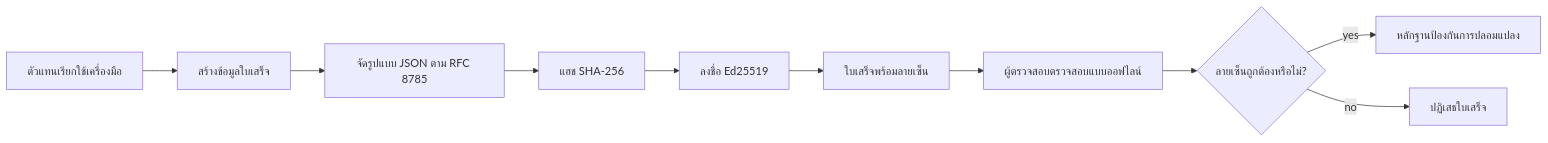
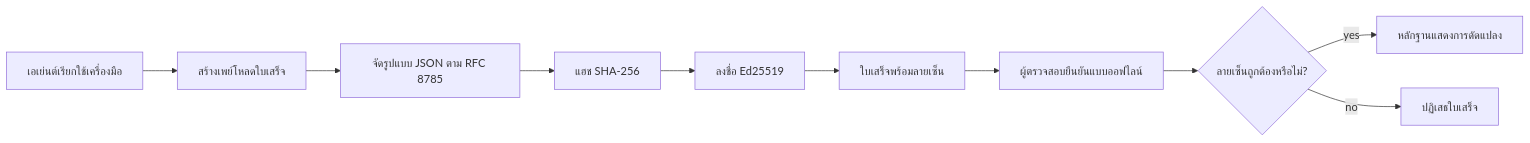
One commit to microsoft/ai-agents-for-beginners changed the first of 2 diagrams in translations/th/18-securing-ai-agents/README.md. Above: the diagram before and after it, drawn with Mermaid. The commit also changed other lines of this file and 227 other files, not shown here.

````diff
--- a/translations/th/18-securing-ai-agents/README.md
+++ b/translations/th/18-securing-ai-agents/README.md
@@ -51,12 +51,12 @@
 ```mermaid
 flowchart LR
-    A[ตัวแทนเรียกใช้เครื่องมือ] --> B[สร้างข้อมูลใบเสร็จ]
+    A[เอเย่นต์เรียกใช้เครื่องมือ] --> B[สร้างเพย์โหลดใบเสร็จ]
     B --> C[จัดรูปแบบ JSON ตาม RFC 8785]
     C --> D[แฮช SHA-256]
     D --> E[ลงชื่อ Ed25519]
     E --> F[ใบเสร็จพร้อมลายเซ็น]
-    F --> G[ผู้ตรวจสอบตรวจสอบแบบออฟไลน์]
+    F --> G[ผู้ตรวจสอบยืนยันแบบออฟไลน์]
     G --> H{ลายเซ็นถูกต้องหรือไม่?}
-    H -- yes --> I[หลักฐานป้องกันการปลอมแปลง]
+    H -- yes --> I[หลักฐานแสดงการดัดแปลง]
     H -- no --> J[ปฏิเสธใบเสร็จ]
 ```
````
